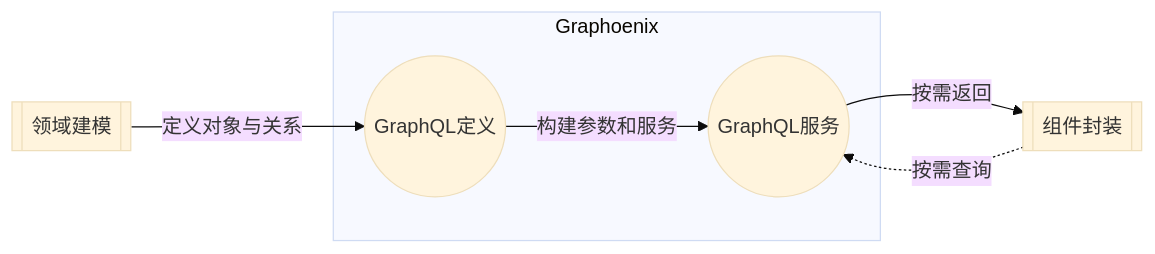
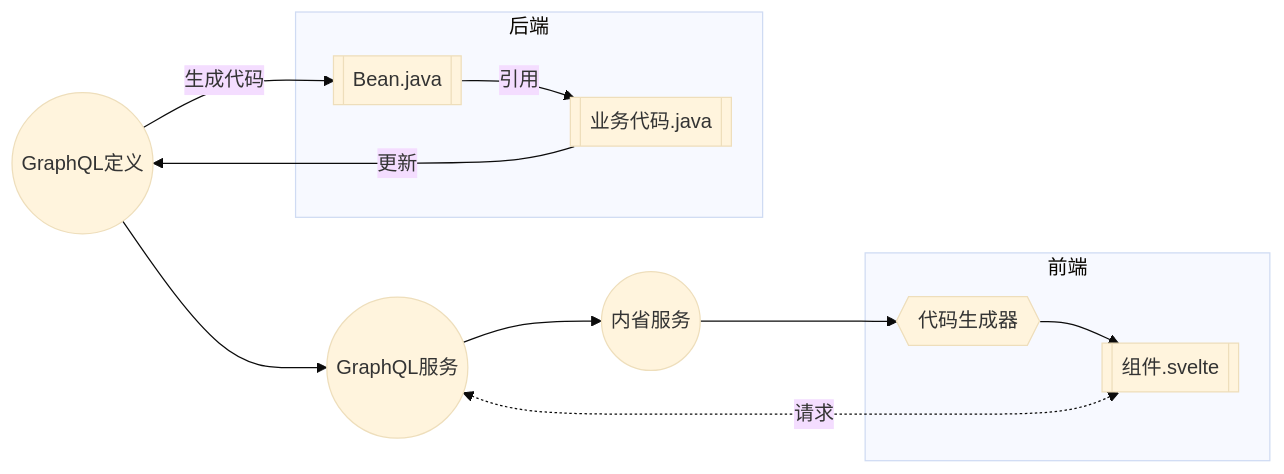
The sixth of 7 diagrams in docs/intro.md (doukai/gp-doc.github.io), drawn with Mermaid (base theme) before and after one commit. The commit also changed other lines of this file, not shown here.

````diff
--- a/docs/intro.md
+++ b/docs/intro.md
@@ -56,9 +95,14 @@
 ```mermaid
 flowchart LR
-    uml[[领域建模]] -- 定义对象与关系 --> schema((GraphQL定义))
-    graphql((GraphQL服务)) -- 按需返回 --> web[[组件封装]]
-    web -. 按需查询 .-> graphql((GraphQL服务))
-    subgraph Graphoenix
-        schema -- 构建参数和服务 --> graphql
+    schema((GraphQL定义)) --> graphql((GraphQL服务)) --> introspection((内省服务))
+    schema -- 生成代码 --> java[[Bean.java]]
+    code -- 更新 --> schema
+    introspection --> codegen{{代码生成器}}
+    ui <-. 请求 .-> graphql
+    subgraph 后端
+        java -- 引用 --> code[[业务代码.java]]
+    end
+    subgraph 前端
+        codegen --> ui[[组件.svelte]]
     end
 ```
````
